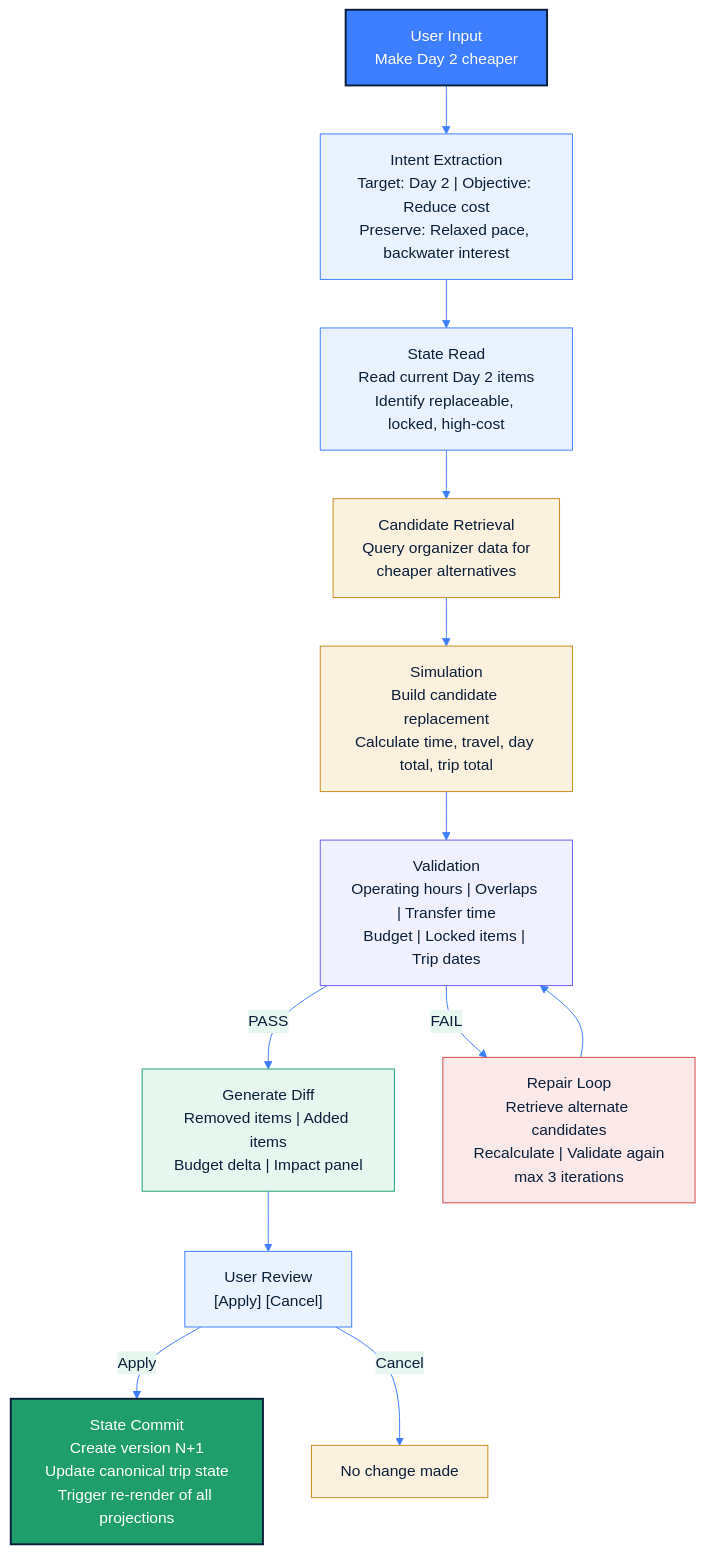
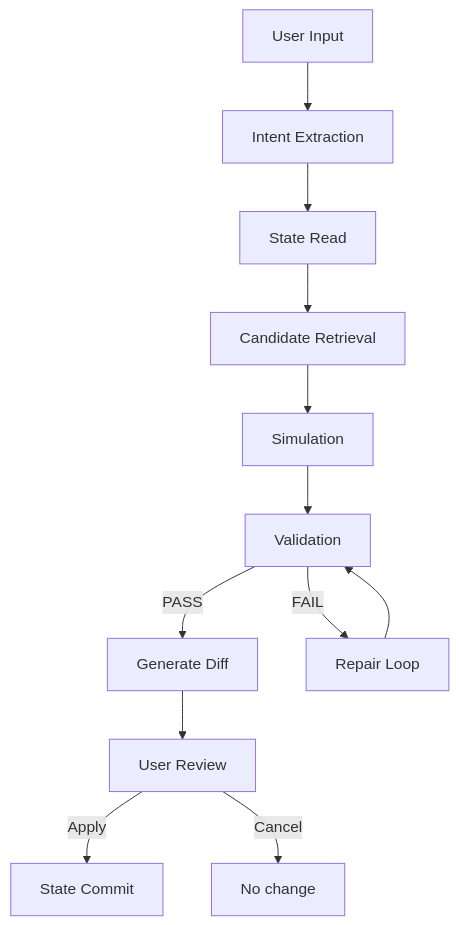
One commit to sharancode3/SmartTrip-AI-Basic-design-Prototype changed the third of 7 diagrams in README.md. Above: the diagram before and after it, drawn with Mermaid. The commit also changed other lines of this file, not shown here.

First line of the commit message:
Slim down Mermaid diagrams: black-white, compact labels

````diff
--- a/README.md
+++ b/README.md
@@ -238,30 +182,14 @@
 ```mermaid
-%%{init: {'theme': 'base', 'themeVariables': {'primaryColor': '#EAF2FF', 'primaryBorderColor': '#3D7DFF', 'primaryTextColor': '#0B1F3A', 'lineColor': '#3D7DFF', 'secondaryColor': '#E7F7EF', 'tertiaryColor': '#FBF1DF'}}}%%
-
 flowchart TD
-    U["User Input<br/>Make Day 2 cheaper"] --> IE["Intent Extraction<br/>Target: Day 2 | Objective: Reduce cost<br/>Preserve: Relaxed pace, backwater interest"]
-    IE --> SR["State Read<br/>Read current Day 2 items<br/>Identify replaceable, locked, high-cost"]
-    SR --> CR["Candidate Retrieval<br/>Query organizer data for<br/>cheaper alternatives"]
-    CR --> SIM["Simulation<br/>Build candidate replacement<br/>Calculate time, travel, day total, trip total"]
-    SIM --> VAL["Validation<br/>Operating hours | Overlaps | Transfer time<br/>Budget | Locked items | Trip dates"]
-
-    VAL -->|PASS| DIFF["Generate Diff<br/>Removed items | Added items<br/>Budget delta | Impact panel"]
-    VAL -->|FAIL| REPAIR["Repair Loop<br/>Retrieve alternate candidates<br/>Recalculate | Validate again<br/>max 3 iterations"]
+    U["User Input"] --> IE["Intent Extraction"]
+    IE --> SR["State Read"]
+    SR --> CR["Candidate Retrieval"]
+    CR --> SIM["Simulation"]
+    SIM --> VAL["Validation"]
+    VAL -->|PASS| DIFF["Generate Diff"]
+    VAL -->|FAIL| REPAIR["Repair Loop"]
     REPAIR --> VAL
-
-    DIFF --> REV["User Review<br/>[Apply] [Cancel]"]
-    REV -->|Apply| COMMIT["State Commit<br/>Create version N+1<br/>Update canonical trip state<br/>Trigger re-render of all projections"]
-    REV -->|Cancel| NOOP["No change made"]
-
-    style U fill:#3D7DFF,stroke:#0B1F3A,stroke-width:2px,color:#FFFFFF
-    style IE fill:#EAF2FF,stroke:#3D7DFF,color:#0B1F3A
-    style SR fill:#EAF2FF,stroke:#3D7DFF,color:#0B1F3A
-    style CR fill:#FBF1DF,stroke:#C98A1E,color:#0B1F3A
-    style SIM fill:#FBF1DF,stroke:#C98A1E,color:#0B1F3A
-    style VAL fill:#F0F0FF,stroke:#6B5CE7,color:#0B1F3A
-    style REPAIR fill:#FBE9E9,stroke:#D64545,color:#0B1F3A
-    style DIFF fill:#E7F7EF,stroke:#1F9D6B,color:#0B1F3A
-    style REV fill:#EAF2FF,stroke:#3D7DFF,color:#0B1F3A
-    style COMMIT fill:#1F9D6B,stroke:#0B1F3A,stroke-width:2px,color:#FFFFFF
-    style NOOP fill:#FBF1DF,stroke:#C98A1E,color:#0B1F3A
+    DIFF --> REV["User Review"]
+    REV -->|Apply| COMMIT["State Commit"]
+    REV -->|Cancel| NOOP["No change"]
 ```
````
